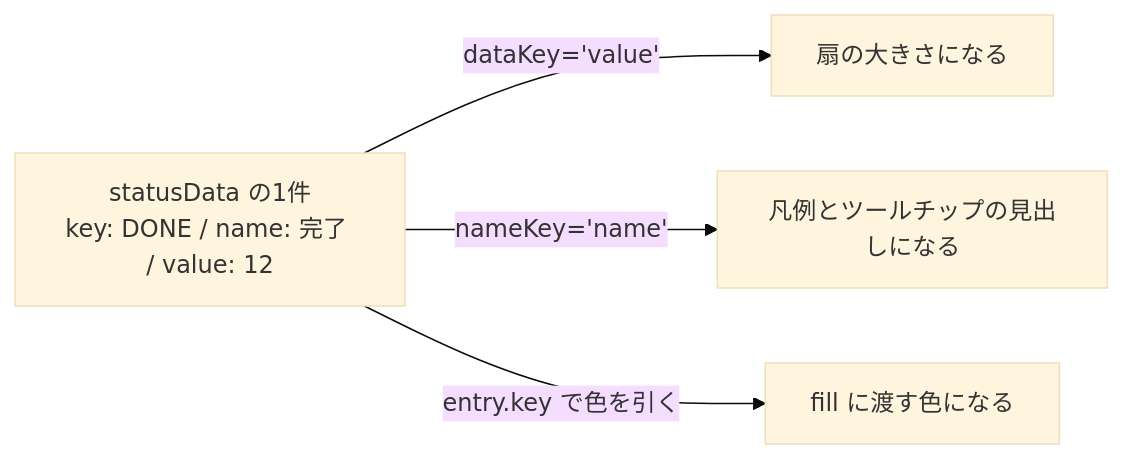
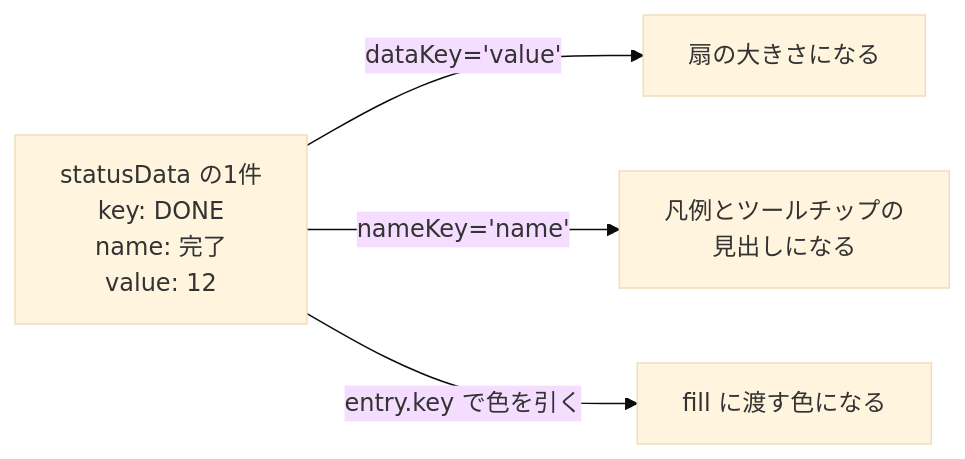
Before and after one commit to kouiso/task-app: the second of 2 diagrams in material/30days-curriculum/day22_グラフを表示.md, drawn with Mermaid (base theme). The commit also changed other lines of this file and 24 other files, not shown here.

First line of the commit message:
fix(material): Mermaid 図のファイル名キャプションとノード途中折れを直す (#457) (#718)

````diff
--- a/material/30days-curriculum/day22_グラフを表示.md
+++ b/material/30days-curriculum/day22_グラフを表示.md
@@ -407,7 +407,7 @@
 ```mermaid
 flowchart LR
-    R["statusData の1件<br/>key: DONE / name: 完了 / value: 12"]
+    R["statusData の1件<br/>key: DONE<br/>name: 完了<br/>value: 12"]
     R -->|"dataKey='value'"| A["扇の大きさになる"]
-    R -->|"nameKey='name'"| B["凡例とツールチップの見出しになる"]
+    R -->|"nameKey='name'"| B["凡例とツールチップの<br/>見出しになる"]
     R -->|"entry.key で色を引く"| C["fill に渡す色になる"]
 ```
````
